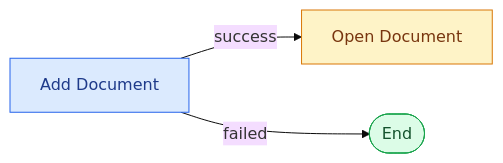
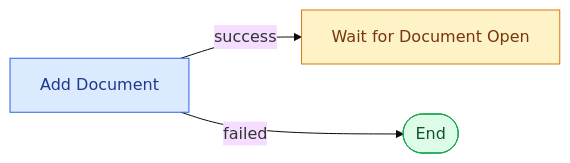
The diagram in public/documentation/06-add-document.md (Nazyli/simflow-web), drawn with Mermaid (base theme) before and after one commit. The commit also changed other lines of this file and 9 other files, not shown here.

Commit message:
Update document wait node guide

```diff
--- a/public/documentation/06-add-document.md
+++ b/public/documentation/06-add-document.md
@@ -13,11 +13,11 @@
 ~~~mermaid
 flowchart LR
-    A[Add Document] -->|success| B[Open Document]
+    A[Add Document] -->|success| B[Wait for Document Open]
     A -->|failed| C([End])
     classDef action fill:#dbeafe,stroke:#2563eb,color:#1e3a8a
     classDef logic fill:#fef3c7,stroke:#d97706,color:#78350f
     classDef terminal fill:#dcfce7,stroke:#16a34a,color:#14532d
     class A action
     class B logic
     class C terminal
 ~~~
```
